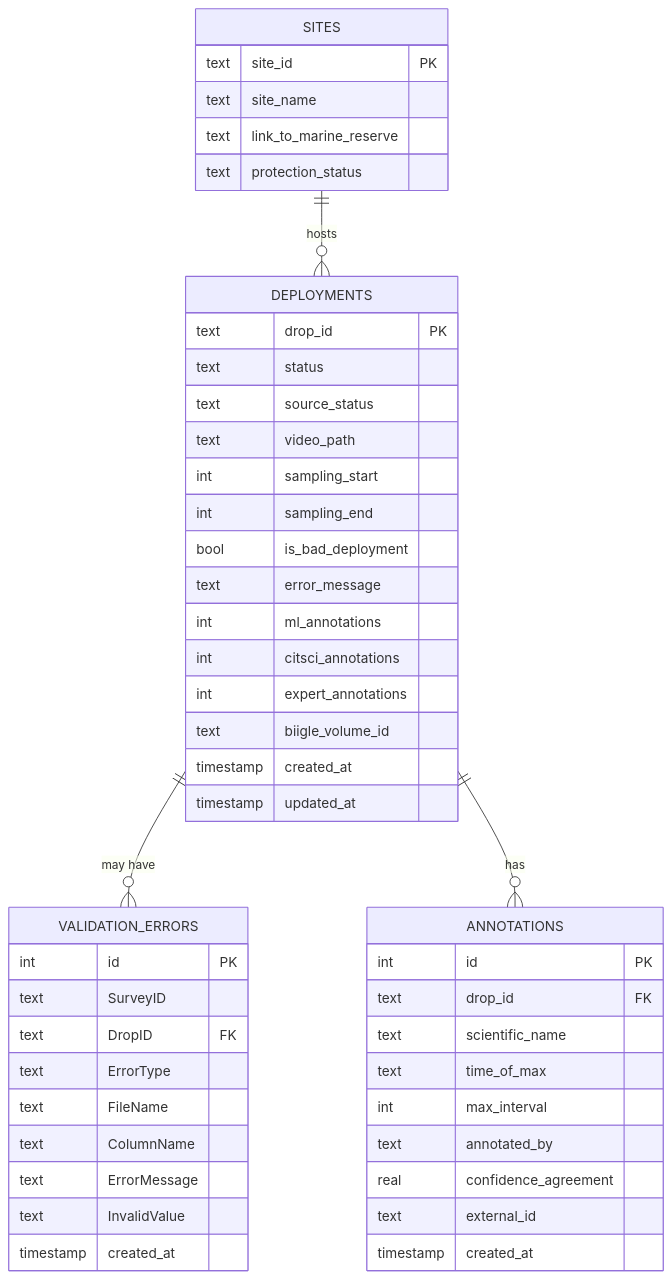
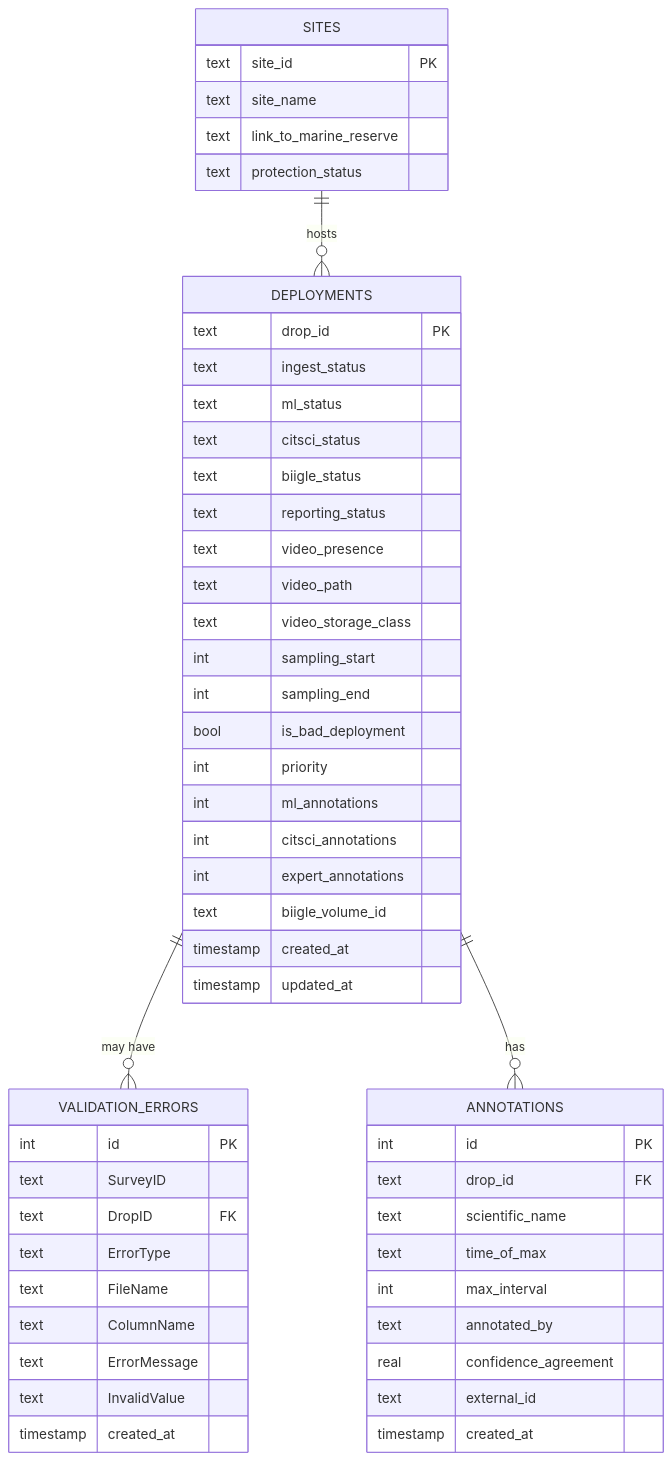
Before and after one commit to wildlifeai/spyfish-aotearoa-toolkit: the eighth of 14 diagrams in design_doc.md, drawn with Mermaid. The commit also changed other lines of this file and 51 other files, not shown here.

````diff
--- a/design_doc.md
+++ b/design_doc.md
@@ -506,54 +511,59 @@
 ```mermaid
 erDiagram
     DEPLOYMENTS {
         text drop_id PK
-        text status
-        text source_status
+        text ingest_status
+        text ml_status
+        text citsci_status
+        text biigle_status
+        text reporting_status
+        text video_presence
         text video_path
+        text video_storage_class
         int sampling_start
         int sampling_end
         bool is_bad_deployment
-        text error_message
+        int priority
         int ml_annotations
         int citsci_annotations
         int expert_annotations
         text biigle_volume_id
         timestamp created_at
         timestamp updated_at
     }
 
     SITES {
         text site_id PK
         text site_name
         text link_to_marine_reserve
         text protection_status
     }
 
     VALIDATION_ERRORS {
         int id PK
         text SurveyID
         text DropID FK
         text ErrorType
         text FileName
         text ColumnName
         text ErrorMessage
         text InvalidValue
         timestamp created_at
     }
 
     ANNOTATIONS {
         int id PK
         text drop_id FK
         text scientific_name
         text time_of_max
         int max_interval
         text annotated_by
         real confidence_agreement
         text external_id
         timestamp created_at
     }
 
     DEPLOYMENTS ||--o{ VALIDATION_ERRORS : "may have"
     DEPLOYMENTS ||--o{ ANNOTATIONS : "has"
     SITES ||--o{ DEPLOYMENTS : "hosts"
 ```
````
